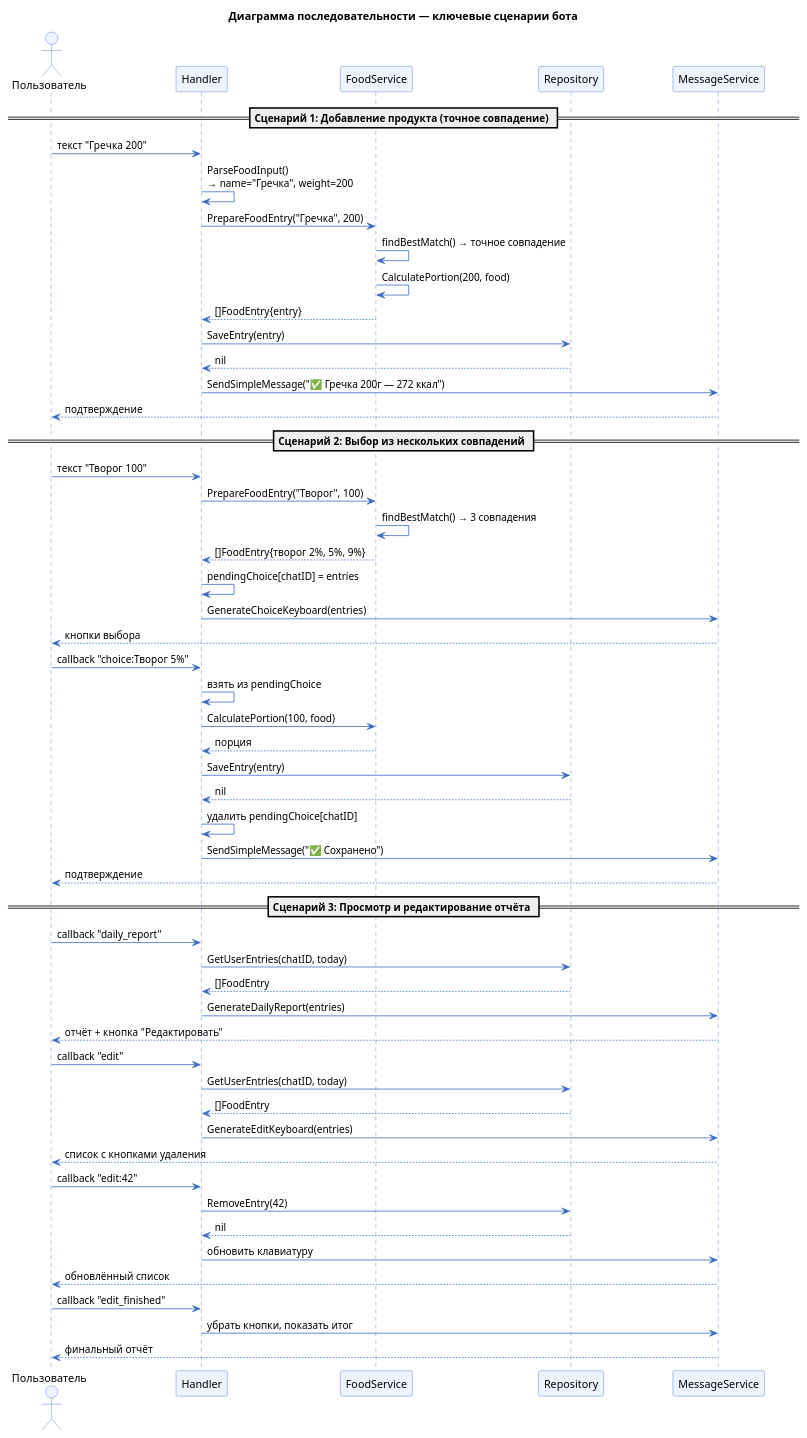
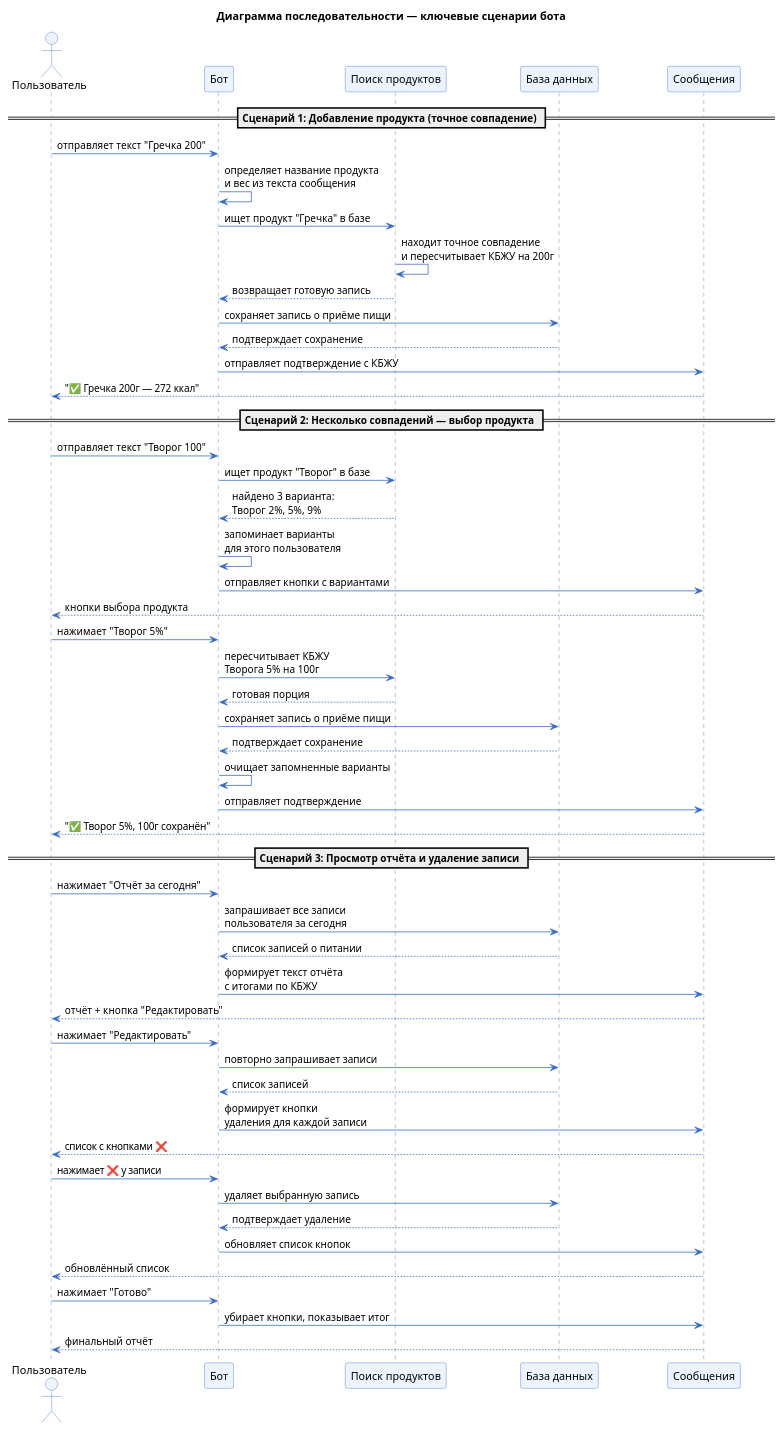
The diagram in Задание 2/sequence.puml (AD1N23/Spec), drawn with PlantUML before and after one commit. The commit also changed 7 other files, not shown here.

Commit message:
Redesign activity with colored swimlanes, split sequence into seq_1/2/3

```diff
--- a/Задание 2/sequence.puml
+++ b/Задание 2/sequence.puml
@@ -1,80 +1,77 @@
 @startuml sequence
 skinparam SequenceArrowColor #3A6BC4
 skinparam SequenceLifeLineBorderColor #3A6BC4
 skinparam SequenceParticipantBackgroundColor #EEF4FF
 skinparam SequenceParticipantBorderColor #3A6BC4
 skinparam SequenceActorBackgroundColor #EEF4FF
 skinparam SequenceActorBorderColor #3A6BC4
 skinparam NoteBackgroundColor #FFF9C4
 skinparam NoteBorderColor #B8860B
 skinparam SequenceGroupBackgroundColor #F0F4FF
 skinparam SequenceGroupBorderColor #7A9FD4
 skinparam ParticipantPadding 40
 skinparam BoxPadding 20
 
 title Диаграмма последовательности — ключевые сценарии бота
 
 actor "Пользователь" as User
-participant "Handler" as H
-participant "FoodService" as FS
-participant "Repository" as FR
-participant "MessageService" as MS
+participant "Бот" as H
+participant "Поиск продуктов" as FS
+participant "База данных" as DB
+participant "Сообщения" as MS
 
 == Сценарий 1: Добавление продукта (точное совпадение) ==
 
-User -> H : текст "Гречка 200"
-H -> H : ParseFoodInput()\n→ name="Гречка", weight=200
-H -> FS : PrepareFoodEntry("Гречка", 200)
-FS -> FS : findBestMatch() → точное совпадение
-FS -> FS : CalculatePortion(200, food)
-FS --> H : []FoodEntry{entry}
-H -> FR : SaveEntry(entry)
-FR --> H : nil
-H -> MS : SendSimpleMessage("✅ Гречка 200г — 272 ккал")
-MS --> User : подтверждение
+User -> H : отправляет текст "Гречка 200"
+H -> H : определяет название продукта\nи вес из текста сообщения
+H -> FS : ищет продукт "Гречка" в базе
+FS -> FS : находит точное совпадение\nи пересчитывает КБЖУ на 200г
+FS --> H : возвращает готовую запись
+H -> DB : сохраняет запись о приёме пищи
+DB --> H : подтверждает сохранение
+H -> MS : отправляет подтверждение с КБЖУ
+MS --> User : "✅ Гречка 200г — 272 ккал"
 
-== Сценарий 2: Выбор из нескольких совпадений ==
+== Сценарий 2: Несколько совпадений — выбор продукта ==
 
-User -> H : текст "Творог 100"
-H -> FS : PrepareFoodEntry("Творог", 100)
-FS -> FS : findBestMatch() → 3 совпадения
-FS --> H : []FoodEntry{творог 2%, 5%, 9%}
-H -> H : pendingChoice[chatID] = entries
-H -> MS : GenerateChoiceKeyboard(entries)
-MS --> User : кнопки выбора
+User -> H : отправляет текст "Творог 100"
+H -> FS : ищет продукт "Творог" в базе
+FS --> H : найдено 3 варианта:\nТворог 2%, 5%, 9%
+H -> H : запоминает варианты\nдля этого пользователя
+H -> MS : отправляет кнопки с вариантами
+MS --> User : кнопки выбора продукта
 
-User -> H : callback "choice:Творог 5%"
-H -> H : взять из pendingChoice
-H -> FS : CalculatePortion(100, food)
-FS --> H : порция
-H -> FR : SaveEntry(entry)
-FR --> H : nil
-H -> H : удалить pendingChoice[chatID]
-H -> MS : SendSimpleMessage("✅ Сохранено")
-MS --> User : подтверждение
+User -> H : нажимает "Творог 5%"
+H -> FS : пересчитывает КБЖУ\nТворога 5% на 100г
+FS --> H : готовая порция
+H -> DB : сохраняет запись о приёме пищи
+DB --> H : подтверждает сохранение
+H -> H : очищает запомненные варианты
+H -> MS : отправляет подтверждение
+MS --> User : "✅ Творог 5%, 100г сохранён"
 
-== Сценарий 3: Просмотр и редактирование отчёта ==
+== Сценарий 3: Просмотр отчёта и удаление записи ==
 
-User -> H : callback "daily_report"
-H -> FR : GetUserEntries(chatID, today)
-FR --> H : []FoodEntry
-H -> MS : GenerateDailyReport(entries)
+User -> H : нажимает "Отчёт за сегодня"
+H -> DB : запрашивает все записи\nпользователя за сегодня
+DB --> H : список записей о питании
+H -> MS : формирует текст отчёта\nс итогами по КБЖУ
 MS --> User : отчёт + кнопка "Редактировать"
 
-User -> H : callback "edit"
-H -> FR : GetUserEntries(chatID, today)
-FR --> H : []FoodEntry
-H -> MS : GenerateEditKeyboard(entries)
-MS --> User : список с кнопками удаления
+User -> H : нажимает "Редактировать"
+H -> DB : повторно запрашивает записи
+DB --> H : список записей
+H -> MS : формирует кнопки\nудаления для каждой записи
+MS --> User : список с кнопками ❌
 
-User -> H : callback "edit:42"
-H -> FR : RemoveEntry(42)
-FR --> H : nil
-H -> MS : обновить клавиатуру
+User -> H : нажимает ❌ у записи
+H -> DB : удаляет выбранную запись
+DB --> H : подтверждает удаление
+H -> MS : обновляет список кнопок
 MS --> User : обновлённый список
 
-User -> H : callback "edit_finished"
-H -> MS : убрать кнопки, показать итог
+User -> H : нажимает "Готово"
+H -> MS : убирает кнопки, показывает итог
 MS --> User : финальный отчёт
 
 @enduml
```
